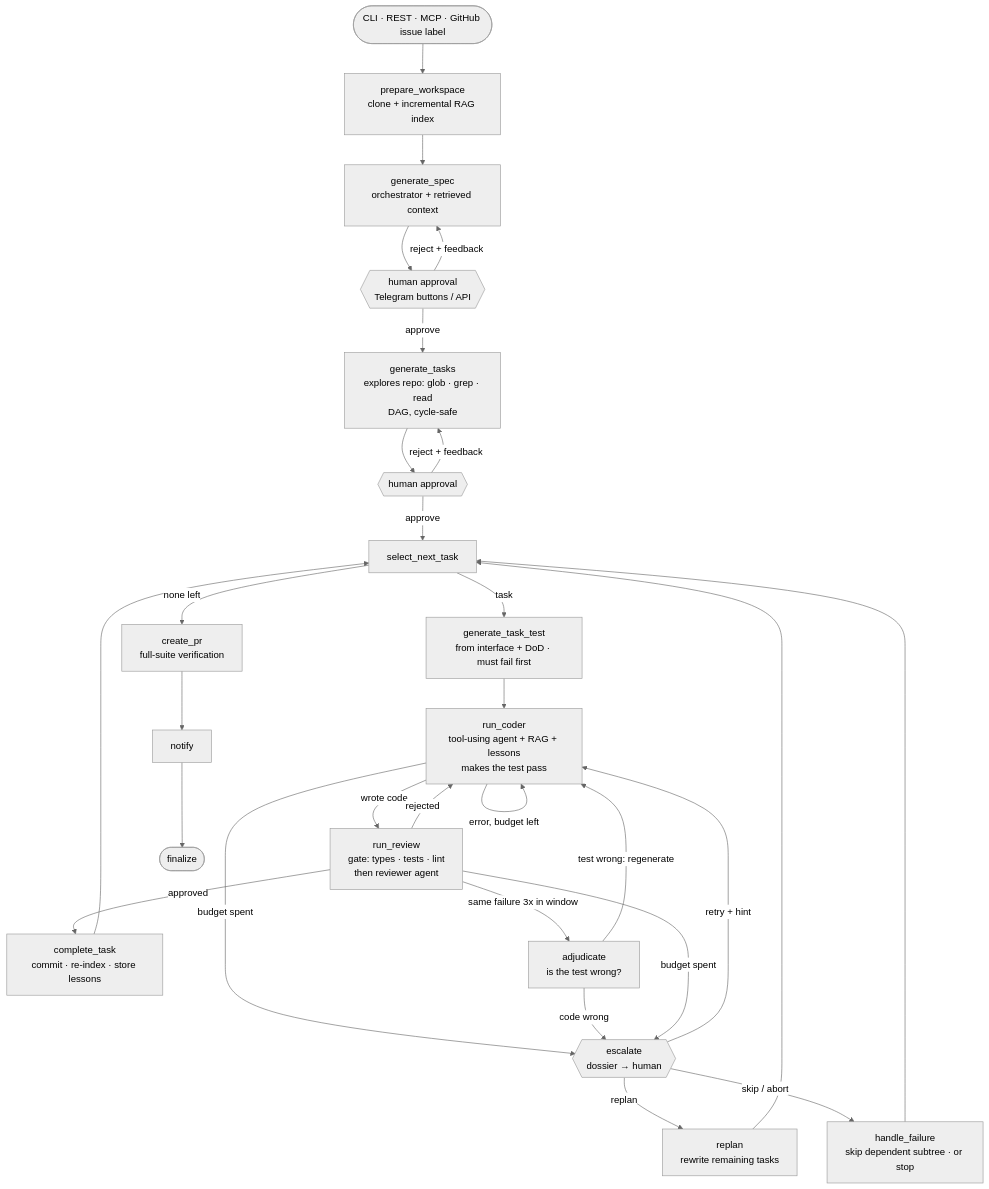
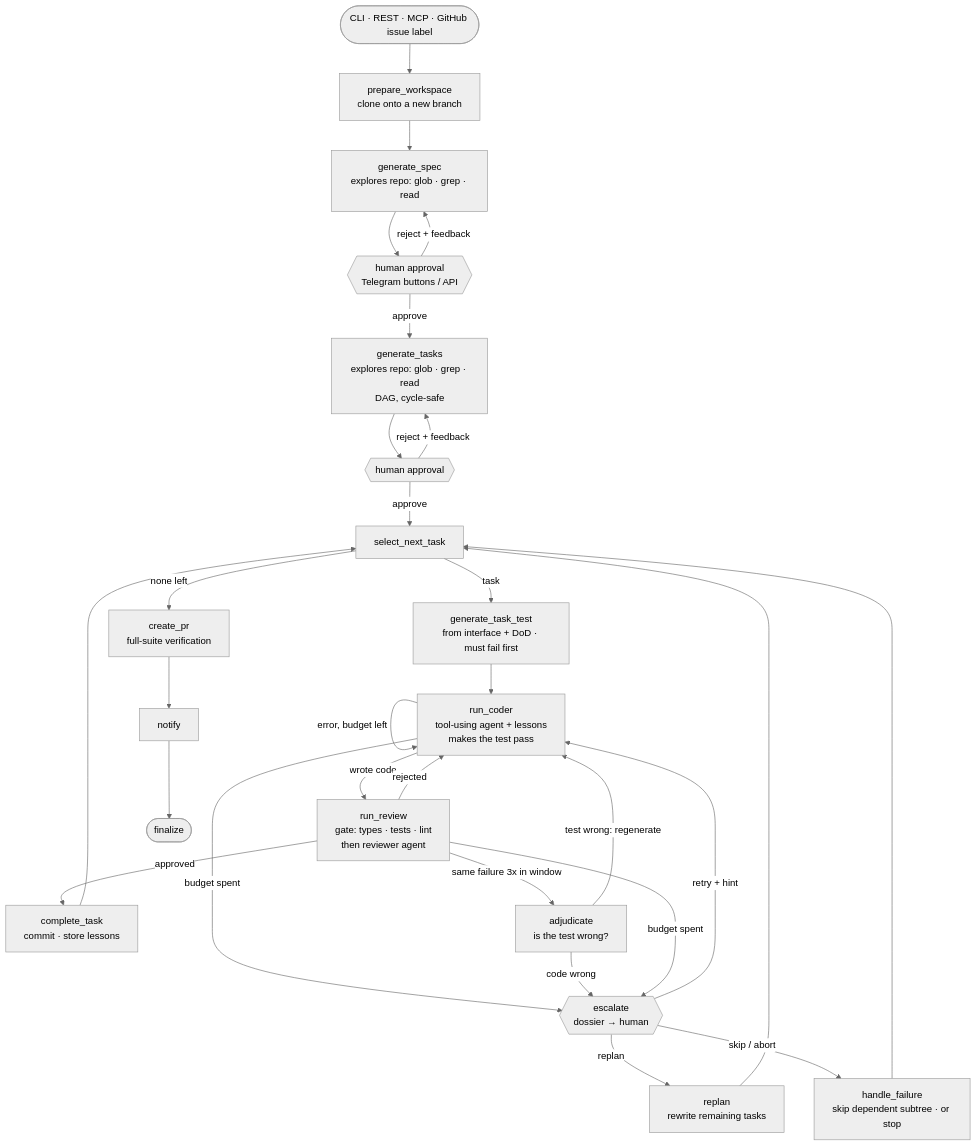
Before and after one commit to gavrilovdm/agentflow: the diagram in README.md, drawn with Mermaid (neutral theme). The commit also changed other lines of this file and 62 other files, not shown here.

First line of the commit message:
Remove RAG: agents explore the repo with glob/grep/read instead

````diff
--- a/README.md
+++ b/README.md
@@ -7,29 +7,29 @@
 ```mermaid
 flowchart TD
-    trigger([CLI · REST · MCP · GitHub issue label]) --> prep[prepare_workspace<br/>clone + incremental RAG index]
-    prep --> spec[generate_spec<br/>orchestrator + retrieved context]
+    trigger([CLI · REST · MCP · GitHub issue label]) --> prep[prepare_workspace<br/>clone onto a new branch]
+    prep --> spec[generate_spec<br/>explores repo: glob · grep · read]
     spec --> hitl1{{human approval<br/>Telegram buttons / API}}
     hitl1 -- reject + feedback --> spec
     hitl1 -- approve --> plan[generate_tasks<br/>explores repo: glob · grep · read<br/>DAG, cycle-safe]
     plan --> hitl2{{human approval}}
     hitl2 -- reject + feedback --> plan
     hitl2 -- approve --> select[select_next_task]
     select -- task --> tests[generate_task_test<br/>from interface + DoD · must fail first]
-    tests --> coder[run_coder<br/>tool-using agent + RAG + lessons<br/>makes the test pass]
+    tests --> coder[run_coder<br/>tool-using agent + lessons<br/>makes the test pass]
     coder -- wrote code --> review[run_review<br/>gate: types · tests · lint<br/>then reviewer agent]
     coder -- error, budget left --> coder
     coder -- budget spent --> esc
-    review -- approved --> done[complete_task<br/>commit · re-index · store lessons]
+    review -- approved --> done[complete_task<br/>commit · store lessons]
     review -- rejected --> coder
     review -- same failure 3x in window --> referee[adjudicate<br/>is the test wrong?]
     referee -- test wrong: regenerate --> coder
     referee -- code wrong --> esc{{escalate<br/>dossier → human}}
     review -- budget spent --> esc
     esc -- retry + hint --> coder
     esc -- replan --> replan[replan<br/>rewrite remaining tasks] --> select
     esc -- skip / abort --> fail[handle_failure<br/>skip dependent subtree · or stop]
     done --> select
     fail --> select
     select -- none left --> pr[create_pr<br/>full-suite verification]
     pr --> notify[notify] --> fin([finalize])
 ```
````
